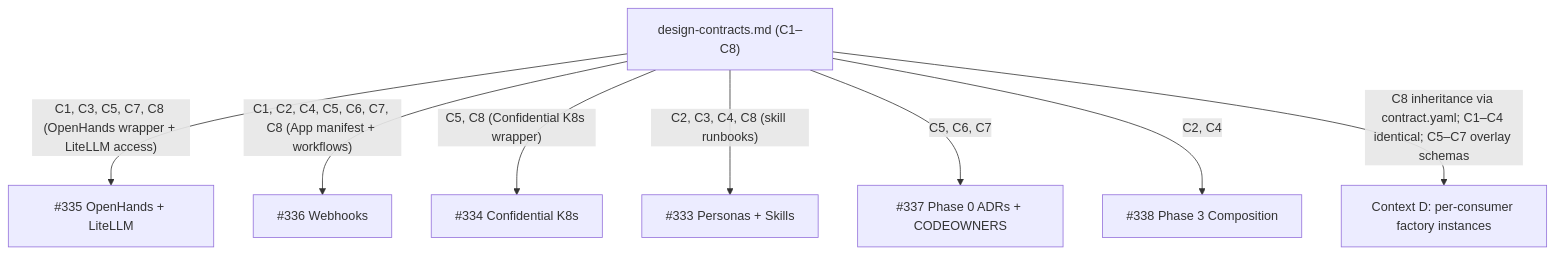
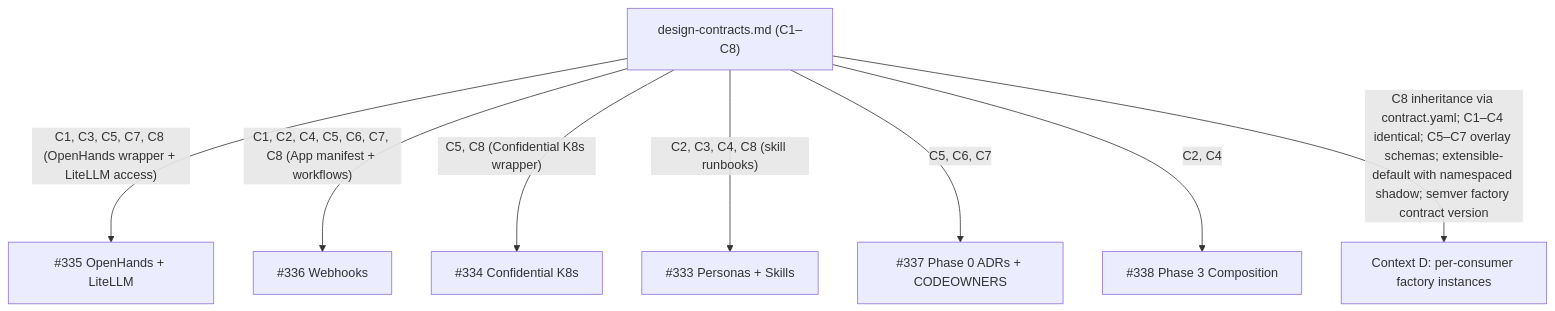
One commit to sbonoc/stackit-platform-blueprint changed the diagram in docs/blueprint/architecture/decisions/ADR-issue-339-factory-design-contracts.md. Above: the diagram before and after it, drawn with Mermaid. The commit also changed other lines of this file and 7 other files, not shown here.

First line of the commit message:
feat(issue-339-factory-design-contracts): C8 extensibility tier + namespaced consumer extensions + semver posture

````diff
--- a/docs/blueprint/architecture/decisions/ADR-issue-339-factory-design-contracts.md
+++ b/docs/blueprint/architecture/decisions/ADR-issue-339-factory-design-contracts.md
@@ -60,11 +62,11 @@
 ```mermaid
 flowchart TD
     Doc["design-contracts.md (C1–C8)"]
     Doc -- "C1, C3, C5, C7, C8 (OpenHands wrapper + LiteLLM access)" --> T335["#335 OpenHands + LiteLLM"]
     Doc -- "C1, C2, C4, C5, C6, C7, C8 (App manifest + workflows)" --> T336["#336 Webhooks"]
     Doc -- "C5, C8 (Confidential K8s wrapper)" --> T334["#334 Confidential K8s"]
     Doc -- "C2, C3, C4, C8 (skill runbooks)" --> T333["#333 Personas + Skills"]
     Doc -- "C5, C6, C7" --> T337["#337 Phase 0 ADRs + CODEOWNERS"]
     Doc -- "C2, C4" --> T338["#338 Phase 3 Composition"]
-    Doc -- "C8 inheritance via contract.yaml; C1–C4 identical; C5–C7 overlay schemas" --> ContextD["Context D: per-consumer factory instances"]
+    Doc -- "C8 inheritance via contract.yaml; C1–C4 identical; C5–C7 overlay schemas; extensible-default with namespaced shadow; semver factory contract version" --> ContextD["Context D: per-consumer factory instances"]
 ```
````
